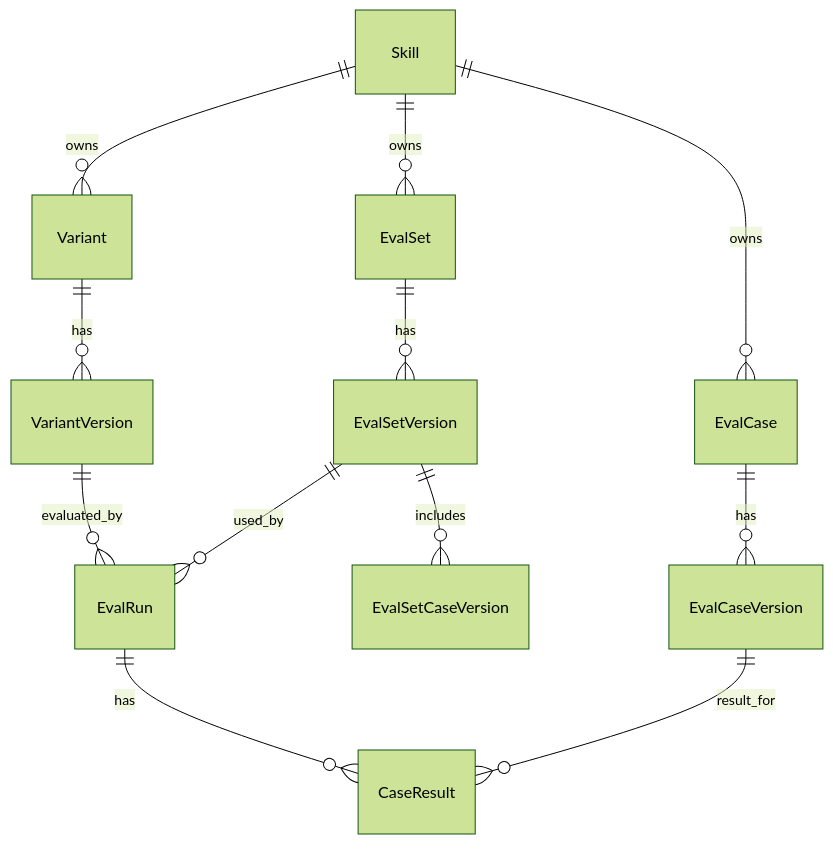
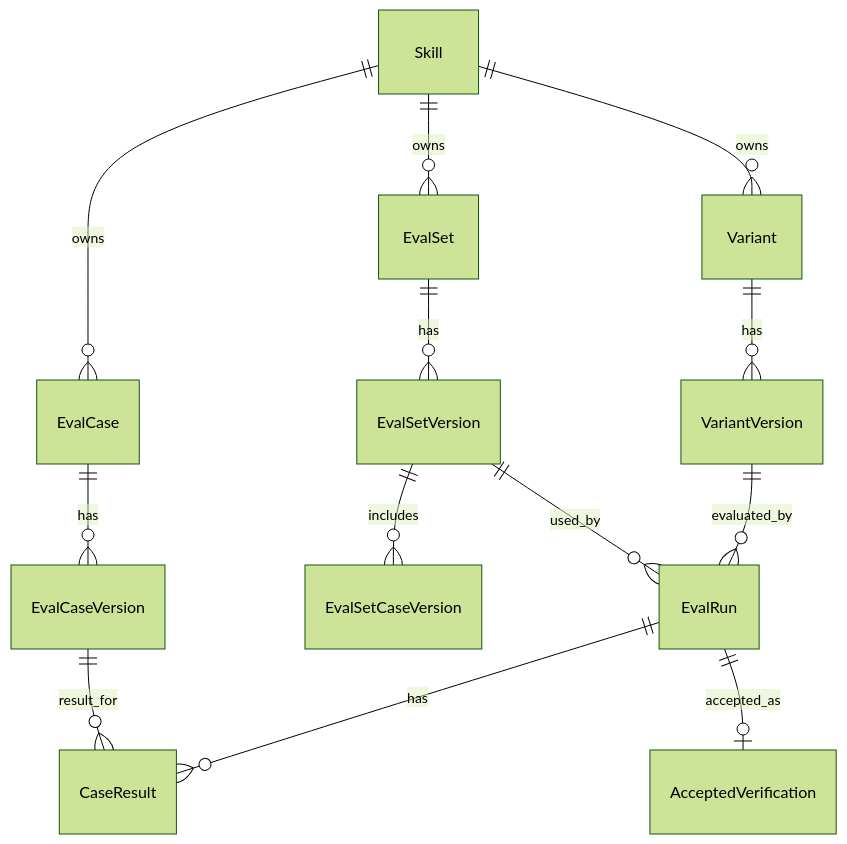
The second of 5 diagrams in docs/formal-architecture-v0.1.md (xunx911/skills-manager), drawn with Mermaid (forest theme) before and after one commit. The commit also changed other lines of this file and 25 other files, not shown here.

Commit message:
feat: add eval run comparison

````diff
--- a/docs/formal-architecture-v0.1.md
+++ b/docs/formal-architecture-v0.1.md
@@ -52,14 +52,15 @@
 ```mermaid
 erDiagram
   Skill ||--o{ Variant : owns
   Variant ||--o{ VariantVersion : has
   Skill ||--o{ EvalSet : owns
   EvalSet ||--o{ EvalSetVersion : has
   Skill ||--o{ EvalCase : owns
   EvalCase ||--o{ EvalCaseVersion : has
   EvalSetVersion ||--o{ EvalSetCaseVersion : includes
   VariantVersion ||--o{ EvalRun : evaluated_by
   EvalSetVersion ||--o{ EvalRun : used_by
   EvalRun ||--o{ CaseResult : has
   EvalCaseVersion ||--o{ CaseResult : result_for
+  EvalRun ||--o| AcceptedVerification : accepted_as
 ```
````
